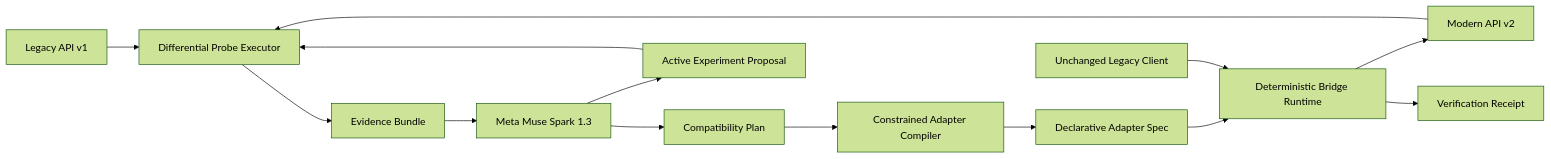
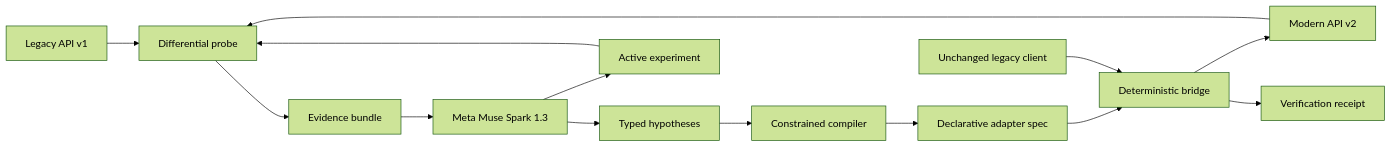
One commit to mkhan48-debug/protocolsmith-meta-hackathon changed the diagram in README.md. Above: the diagram before and after it, drawn with Mermaid (forest theme). The commit also changed other lines of this file and 41 other files, not shown here.

````diff
--- a/README.md
+++ b/README.md
@@ -92,16 +127,16 @@
 ```mermaid
 flowchart LR
-    A[Legacy API v1] --> P[Differential Probe Executor]
+    A[Legacy API v1] --> P[Differential probe]
     B[Modern API v2] --> P
-    P --> E[Evidence Bundle]
+    P --> E[Evidence bundle]
     E --> M[Meta Muse Spark 1.3]
-    M --> C[Compatibility Plan]
-    C --> S[Constrained Adapter Compiler]
-    S --> D[Declarative Adapter Spec]
-    D --> R[Deterministic Bridge Runtime]
-    L[Unchanged Legacy Client] --> R
+    M --> H[Typed hypotheses]
+    M --> X[Active experiment]
+    X --> P
+    H --> C[Constrained compiler]
+    C --> S[Declarative adapter spec]
+    S --> R[Deterministic bridge]
+    L[Unchanged legacy client] --> R
     R --> B
-    R --> V[Verification Receipt]
-    M --> X[Active Experiment Proposal]
-    X --> P
+    R --> V[Verification receipt]
 ```
````
